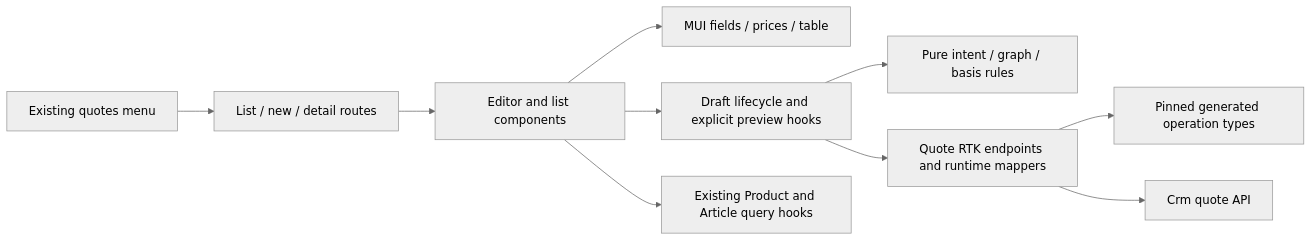
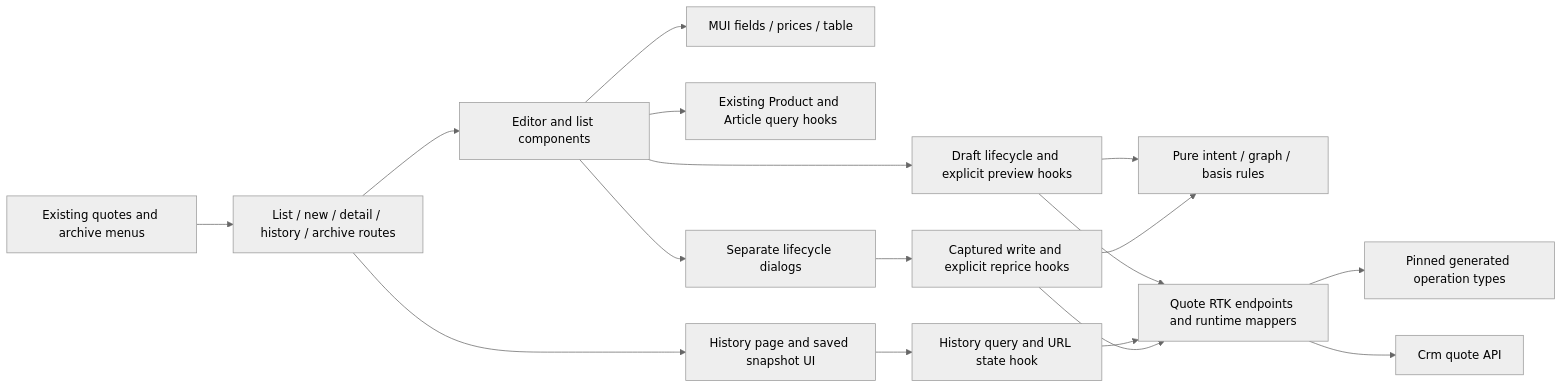
One commit to Weretik/brevi-web changed the second of 5 diagrams in docs/features/admin/clients-and-quotes.md. Above: the diagram before and after it, drawn with Mermaid (neutral theme). The commit also changed other lines of this file and 42 other files, not shown here.

````diff
--- a/docs/features/admin/clients-and-quotes.md
+++ b/docs/features/admin/clients-and-quotes.md
@@ -118,12 +133,19 @@
 ```mermaid
 flowchart LR
-  Menu[Existing quotes menu] --> Routes[List / new / detail routes]
+  Menu[Existing quotes and archive menus] --> Routes[List / new / detail / history / archive routes]
   Routes --> Editor[Editor and list components]
   Editor --> UI[MUI fields / prices / table]
   Editor --> Hooks[Draft lifecycle and explicit preview hooks]
   Hooks --> Model[Pure intent / graph / basis rules]
   Hooks --> DA[Quote RTK endpoints and runtime mappers]
   DA --> Contract[Pinned generated operation types]
   DA --> Crm[Crm quote API]
   Editor --> Catalog[Existing Product and Article query hooks]
+  Routes --> History[History page and saved snapshot UI]
+  History --> HistoryHook[History query and URL state hook]
+  HistoryHook --> DA
+  Editor --> Lifecycle[Separate lifecycle dialogs]
+  Lifecycle --> LifecycleHook[Captured write and explicit reprice hooks]
+  LifecycleHook --> DA
+  LifecycleHook --> Model
 ```
````
